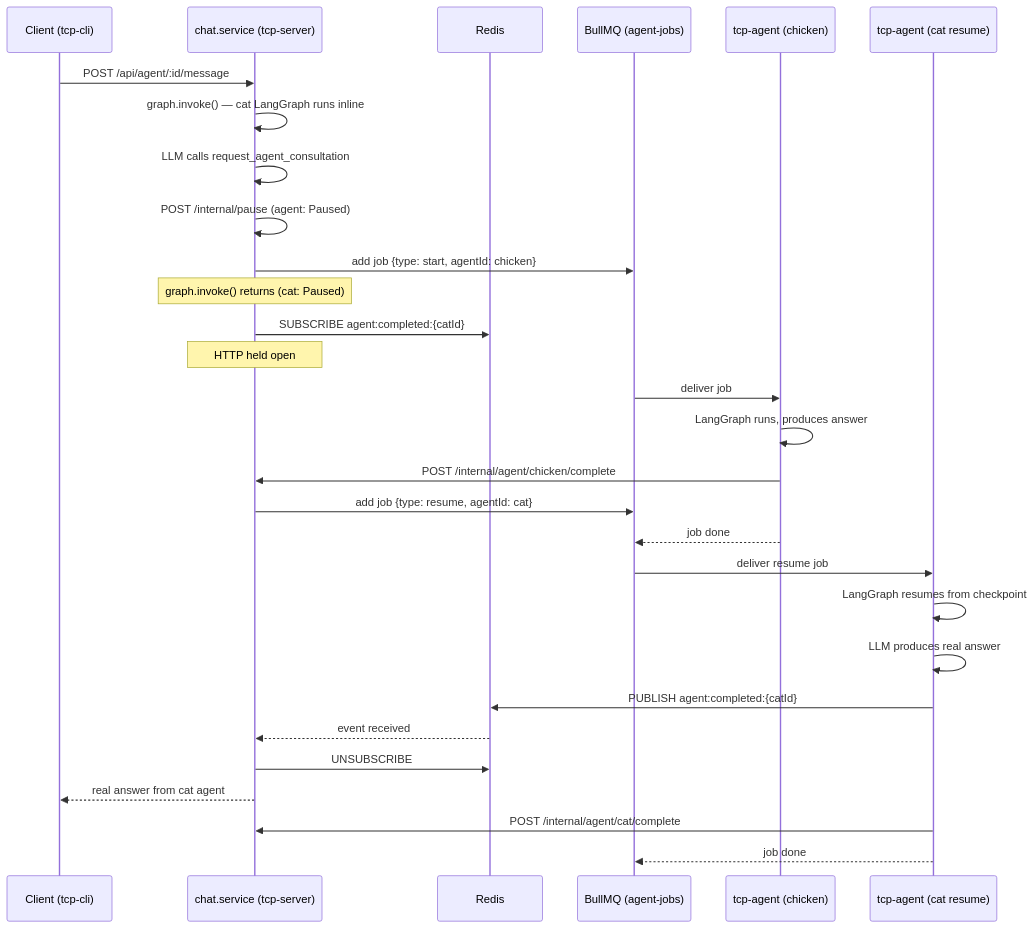
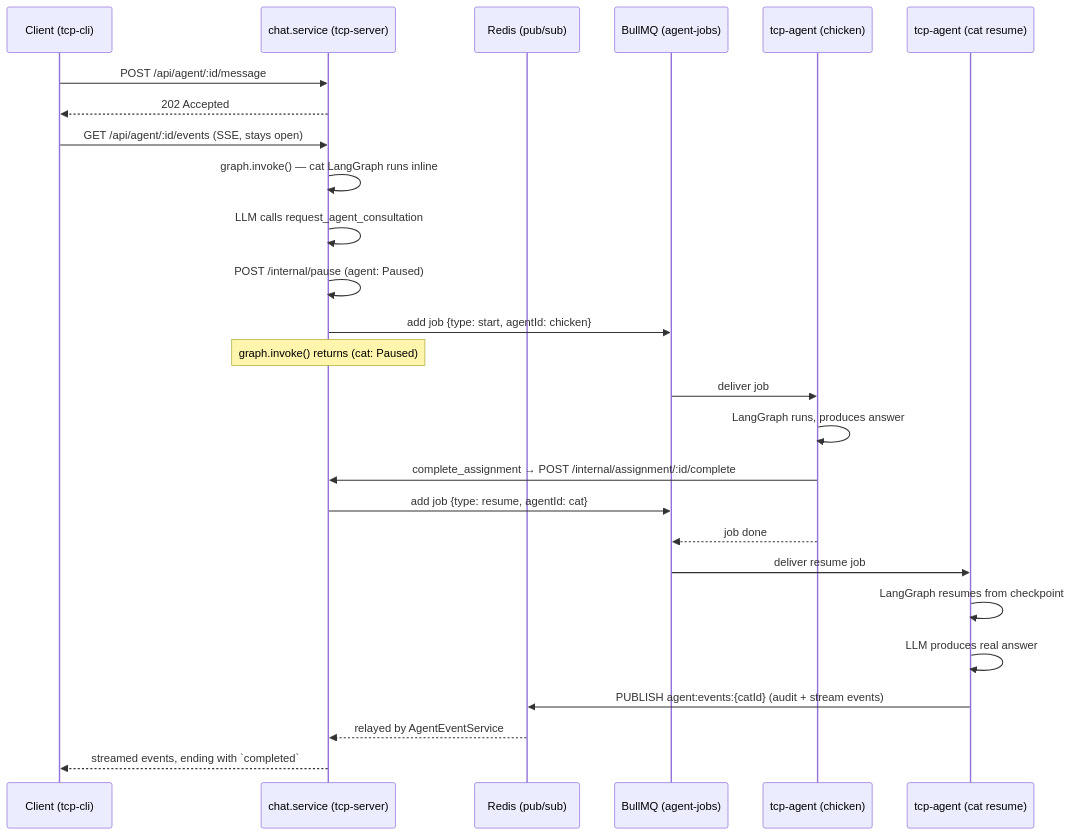
The third of 4 diagrams in docs/queue.md (instantiator/tcp-server), drawn with Mermaid before and after one commit. The commit also changed other lines of this file and 38 other files, not shown here.

````diff
--- a/docs/queue.md
+++ b/docs/queue.md
@@ -104,34 +106,31 @@
 ```mermaid
 sequenceDiagram
     participant CLI as Client (tcp-cli)
     participant CS as chat.service (tcp-server)
-    participant R as Redis
+    participant R as Redis (pub/sub)
     participant Q as BullMQ (agent-jobs)
     participant Chkn as tcp-agent (chicken)
     participant Cat2 as tcp-agent (cat resume)
 
     CLI->>CS: POST /api/agent/:id/message
+    CS-->>CLI: 202 Accepted
+    CLI->>CS: GET /api/agent/:id/events (SSE, stays open)
     CS->>CS: graph.invoke() — cat LangGraph runs inline
     CS->>CS: LLM calls request_agent_consultation
     CS->>CS: POST /internal/pause (agent: Paused)
     CS->>Q: add job {type: start, agentId: chicken}
     Note over CS: graph.invoke() returns (cat: Paused)
-    CS->>R: SUBSCRIBE agent:completed:{catId}
-    Note over CS: HTTP held open
 
     Q->>Chkn: deliver job
     Chkn->>Chkn: LangGraph runs, produces answer
-    Chkn->>CS: POST /internal/agent/chicken/complete
+    Chkn->>CS: complete_assignment → POST /internal/assignment/:id/complete
     CS->>Q: add job {type: resume, agentId: cat}
     Chkn-->>Q: job done
 
     Q->>Cat2: deliver resume job
     Cat2->>Cat2: LangGraph resumes from checkpoint
     Cat2->>Cat2: LLM produces real answer
-    Cat2->>R: PUBLISH agent:completed:{catId}
-    R-->>CS: event received
-    CS->>R: UNSUBSCRIBE
-    CS-->>CLI: real answer from cat agent
-    Cat2->>CS: POST /internal/agent/cat/complete
-    Cat2-->>Q: job done
+    Cat2->>R: PUBLISH agent:events:{catId} (audit + stream events)
+    R-->>CS: relayed by AgentEventService
+    CS-->>CLI: streamed events, ending with `completed`
 ```
````
